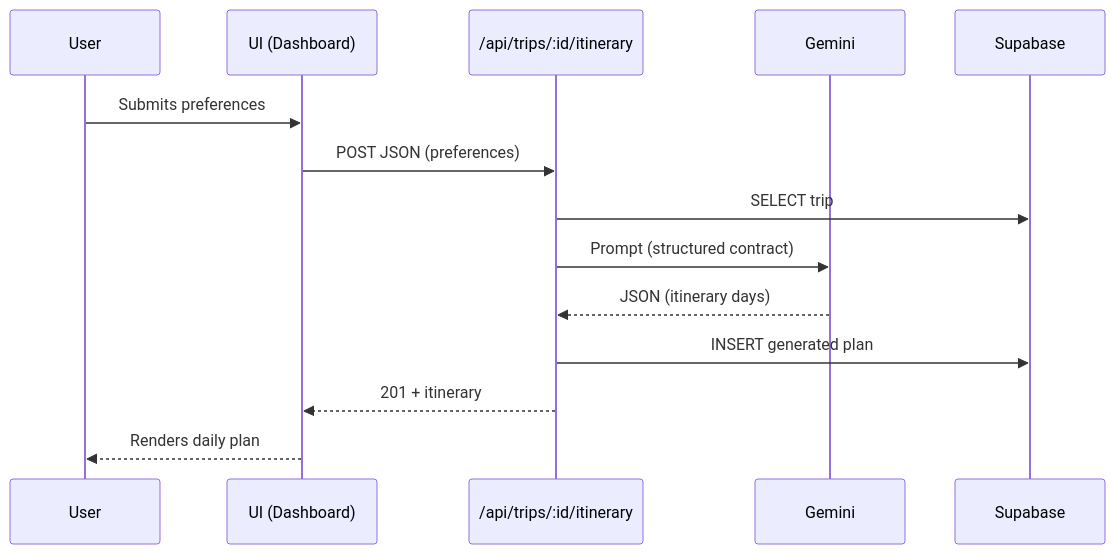
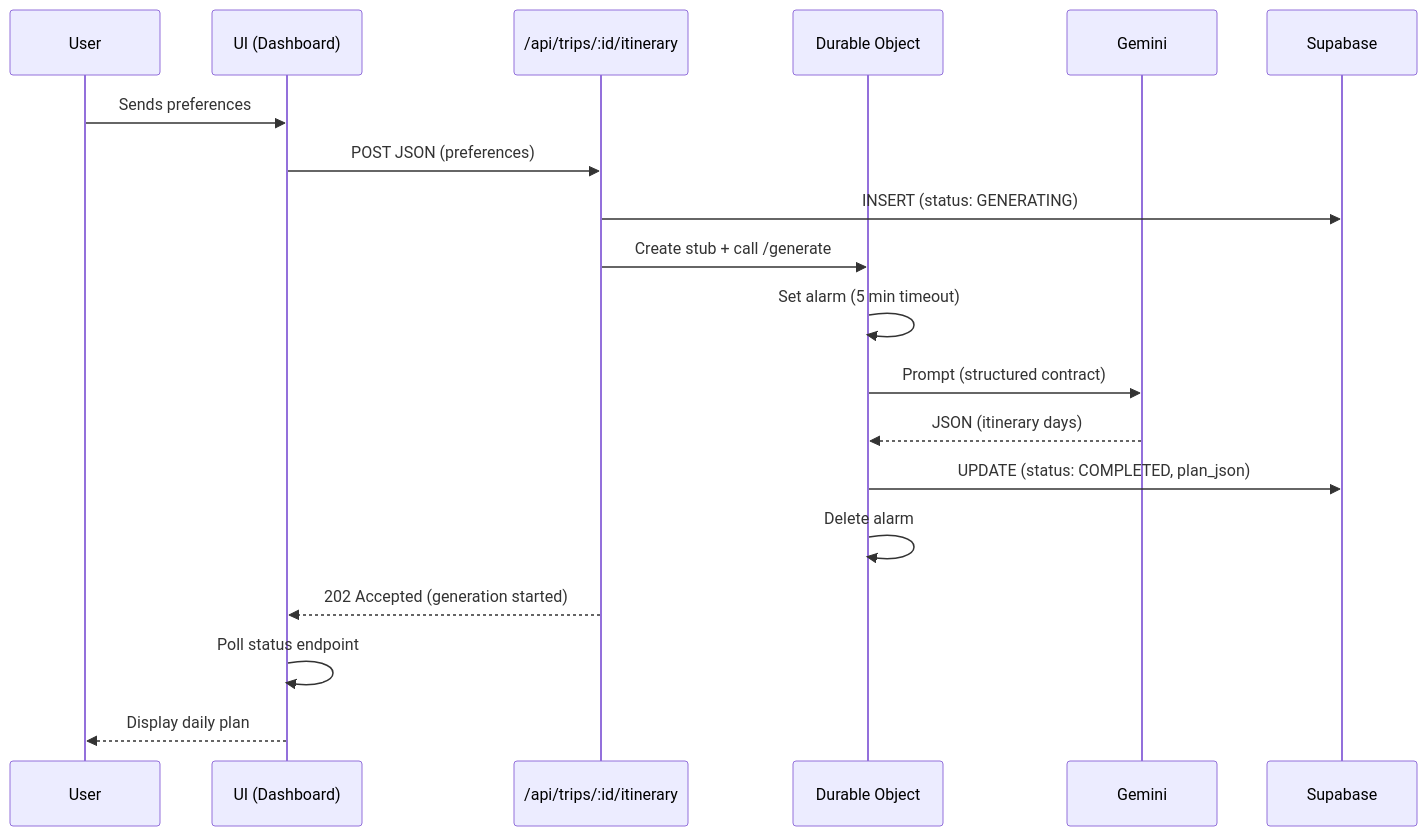
One commit to creatlyre/TripCrafti changed the third of 6 diagrams in docs/architecture.en.md. Above: the diagram before and after it, drawn with Mermaid. The commit also changed other lines of this file and 9 other files, not shown here.

````diff
--- a/docs/architecture.en.md
+++ b/docs/architecture.en.md
@@ -35,17 +36,22 @@
 ```mermaid
 sequenceDiagram
   participant U as User
   participant UI as UI (Dashboard)
   participant API as /api/trips/:id/itinerary
+  participant DO as Durable Object
   participant G as Gemini
   participant DB as Supabase
 
-  U->>UI: Submits preferences
+  U->>UI: Sends preferences
   UI->>API: POST JSON (preferences)
-  API->>DB: SELECT trip
-  API->>G: Prompt (structured contract)
-  G-->>API: JSON (itinerary days)
-  API->>DB: INSERT generated plan
-  API-->>UI: 201 + itinerary
-  UI-->>U: Renders daily plan
+  API->>DB: INSERT (status: GENERATING)
+  API->>DO: Create stub + call /generate
+  DO->>DO: Set alarm (5 min timeout)
+  DO->>G: Prompt (structured contract)
+  G-->>DO: JSON (itinerary days)
+  DO->>DB: UPDATE (status: COMPLETED, plan_json)
+  DO->>DO: Delete alarm
+  API-->>UI: 202 Accepted (generation started)
+  UI->>UI: Poll status endpoint
+  UI-->>U: Display daily plan
 ```
````
